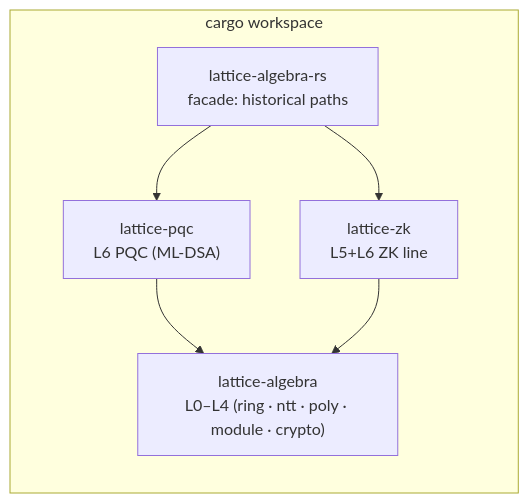
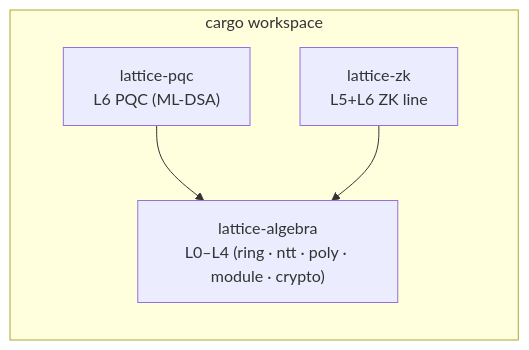
The fourth of 4 diagrams in docs/src/pages/design/architecture.mdx (SuccinctPaul/lattice-algebra-rs), drawn with Mermaid before and after one commit. The commit also changed 15 other files, not shown here.

````diff
--- a/docs/src/pages/design/architecture.mdx
+++ b/docs/src/pages/design/architecture.mdx
@@ -114,13 +114,10 @@
 ```mermaid
 flowchart LR
     subgraph WS["cargo workspace"]
         ALG["lattice-algebra<br/>L0–L4 (ring · ntt · poly · module · crypto)"]
         PQC["lattice-pqc<br/>L6 PQC (ML-DSA)"]
         ZKC["lattice-zk<br/>L5+L6 ZK line"]
-        FAC["lattice-algebra-rs<br/>facade: historical paths"]
     end
     PQC --> ALG
     ZKC --> ALG
-    FAC --> PQC
-    FAC --> ZKC
 ```
````
